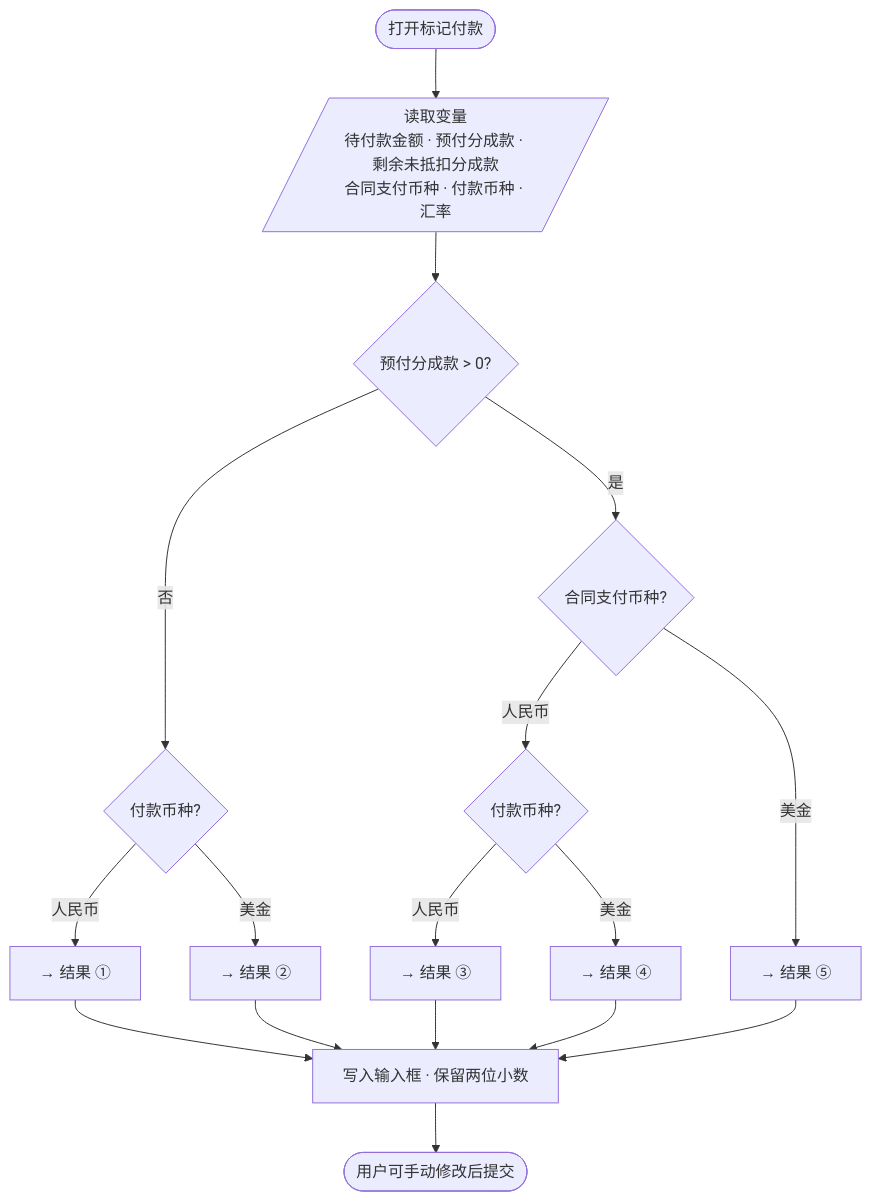
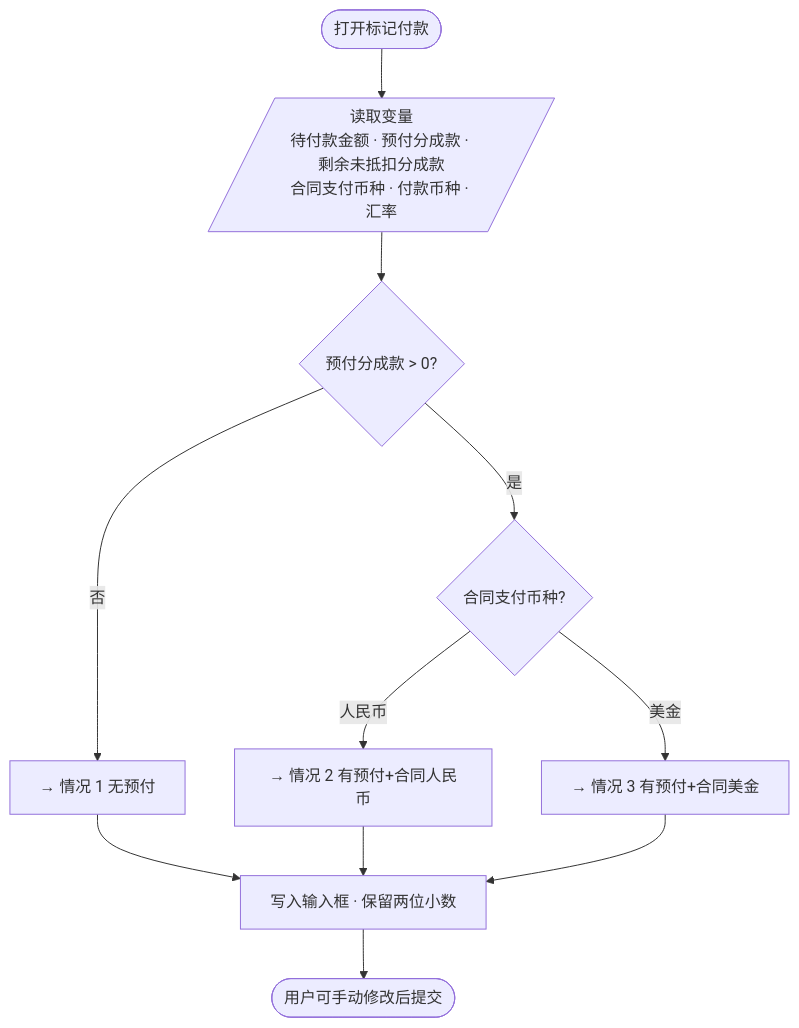
Before and after one commit to carrielilian/49game: the diagram in src/resources/agent-game-finance/ui-spec.md, drawn with Mermaid. The commit also changed other lines of this file and 18 other files, not shown here.

````diff
--- a/src/resources/agent-game-finance/ui-spec.md
+++ b/src/resources/agent-game-finance/ui-spec.md
@@ -924,19 +935,13 @@
 ```mermaid
 flowchart TB
   start([打开标记付款]) --> read[/"读取变量<br/>待付款金额 · 预付分成款 · 剩余未抵扣分成款<br/>合同支付币种 · 付款币种 · 汇率"/]
   read --> q1{预付分成款 > 0?}
-  q1 -->|否| q2{付款币种?}
-  q2 -->|人民币| out1[→ 结果 ①]
-  q2 -->|美金| out2[→ 结果 ②]
-  q1 -->|是| q3{合同支付币种?}
-  q3 -->|人民币| q4{付款币种?}
-  q4 -->|人民币| out3[→ 结果 ③]
-  q4 -->|美金| out4[→ 结果 ④]
-  q3 -->|美金| out5[→ 结果 ⑤]
-  out1 --> write[写入输入框 · 保留两位小数]
-  out2 --> write
-  out3 --> write
-  out4 --> write
-  out5 --> write
+  q1 -->|否| case1[→ 情况 1 无预付]
+  q1 -->|是| q2{合同支付币种?}
+  q2 -->|人民币| case2[→ 情况 2 有预付+合同人民币]
+  q2 -->|美金| case3[→ 情况 3 有预付+合同美金]
+  case1 --> write[写入输入框 · 保留两位小数]
+  case2 --> write
+  case3 --> write
   write --> endNode([用户可手动修改后提交])
 ```
````
